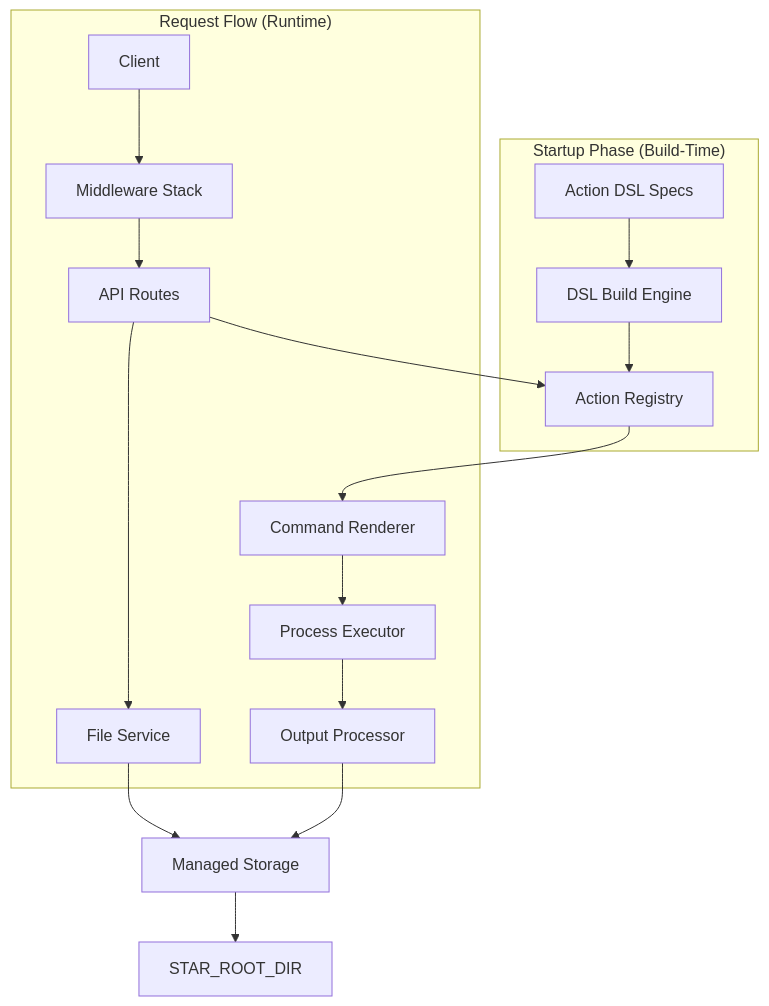
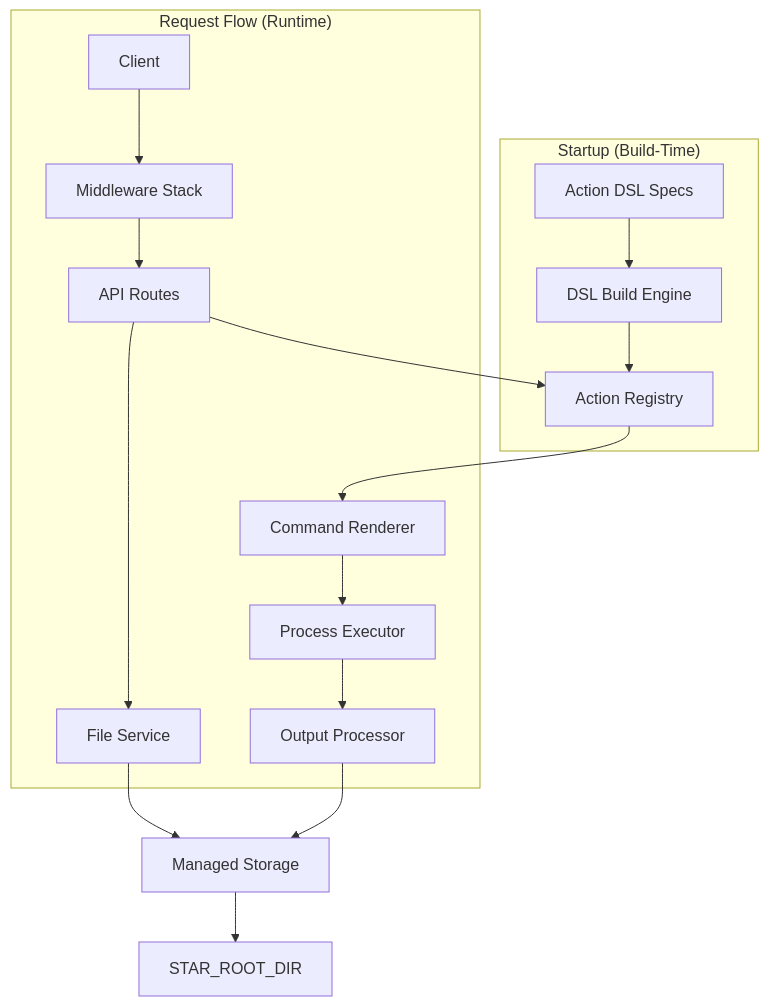
One commit to Libertocrat/star changed the first of 4 diagrams in docs/ARCHITECTURE.md. Above: the diagram before and after it, drawn with Mermaid. The commit also changed other lines of this file and 23 other files, not shown here.

````diff
--- a/docs/ARCHITECTURE.md
+++ b/docs/ARCHITECTURE.md
@@ -34,22 +34,22 @@
 ```mermaid
 flowchart TD
 
-subgraph Startup["Startup Phase (Build-Time)"]
+subgraph Startup["Startup (Build-Time)"]
     ActionDSLSpecs["Action DSL Specs"] --> DSLBuildEngine["DSL Build Engine"]
     DSLBuildEngine --> ActionRegistry["Action Registry"]
 end
 
 subgraph Runtime["Request Flow (Runtime)"]
     Client --> MiddlewareStack["Middleware Stack"]
     MiddlewareStack --> APIRoutes["API Routes"]
     APIRoutes --> ActionRegistry
     APIRoutes --> FileService["File Service"]
     ActionRegistry --> CommandRenderer["Command Renderer"]
     CommandRenderer --> ProcessExecutor["Process Executor"]
     ProcessExecutor --> OutputProcessor["Output Processor"]
 end
 
 FileService --> ManagedStorage["Managed Storage"]
 OutputProcessor --> ManagedStorage
 ManagedStorage --> STARRootDir["STAR_ROOT_DIR"]
 ```
````
